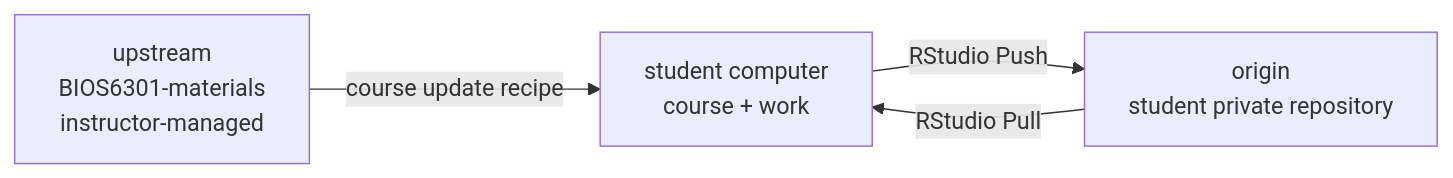
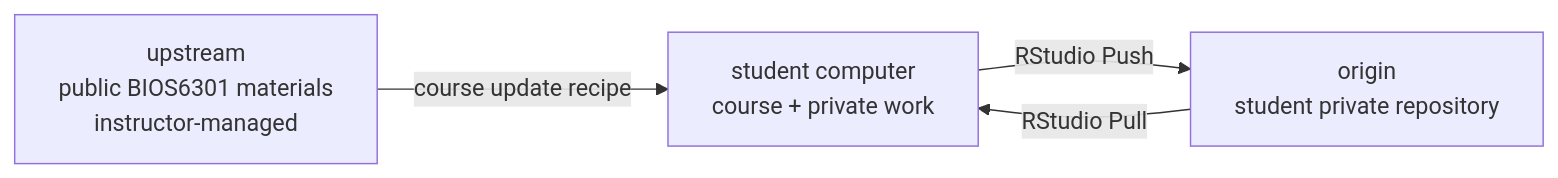
One commit to slzhao/BIOS6301-materials changed the sixth of 6 diagrams in course/session02/slides.qmd. Above: the diagram before and after it, drawn with Mermaid. The commit also changed other lines of this file and 52 other files, not shown here.

````diff
--- a/course/session02/slides.qmd
+++ b/course/session02/slides.qmd
@@ -407,6 +793,6 @@
 ```{mermaid}
 flowchart LR
-  U["upstream<br/>BIOS6301-materials<br/>instructor-managed"] -->|course update recipe| L["student computer<br/>course + work"]
+  U["upstream<br/>public BIOS6301 materials<br/>instructor-managed"] -->|course update recipe| L["student computer<br/>course + private work"]
   L -->|RStudio Push| O["origin<br/>student private repository"]
   O -->|RStudio Pull| L
 ```
````
